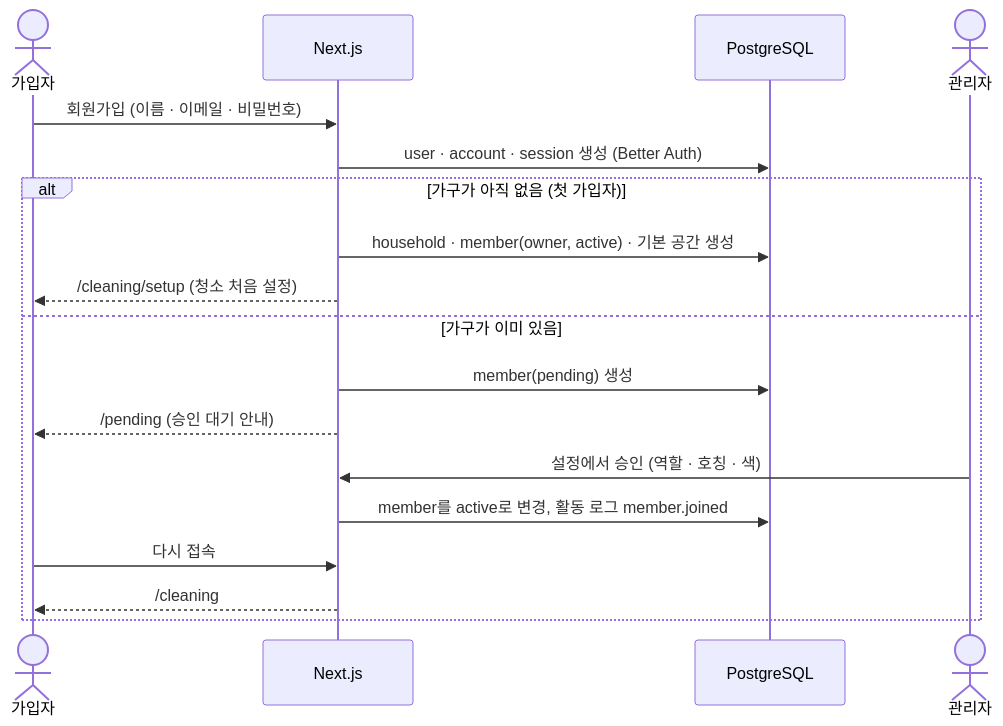
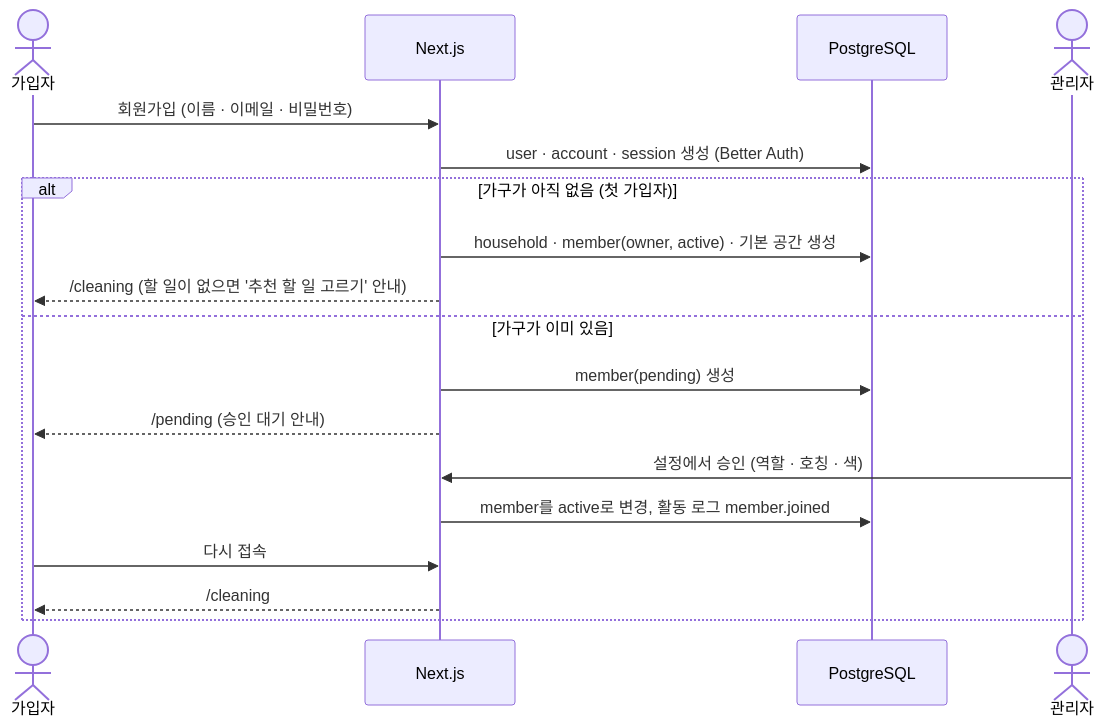
One commit to junseonglim/household-hub changed the diagram in docs/05-auth-household.md. Above: the diagram before and after it, drawn with Mermaid. The commit also changed other lines of this file and 67 other files, not shown here.

````diff
--- a/docs/05-auth-household.md
+++ b/docs/05-auth-household.md
@@ -41,20 +41,20 @@
 ```mermaid
 sequenceDiagram
   actor U as 가입자
   participant W as Next.js
   participant D as PostgreSQL
   actor M as 관리자
   U->>W: 회원가입 (이름 · 이메일 · 비밀번호)
   W->>D: user · account · session 생성 (Better Auth)
   alt 가구가 아직 없음 (첫 가입자)
     W->>D: household · member(owner, active) · 기본 공간 생성
-    W-->>U: /cleaning/setup (청소 처음 설정)
+    W-->>U: /cleaning (할 일이 없으면 '추천 할 일 고르기' 안내)
   else 가구가 이미 있음
     W->>D: member(pending) 생성
     W-->>U: /pending (승인 대기 안내)
     M->>W: 설정에서 승인 (역할 · 호칭 · 색)
     W->>D: member를 active로 변경, 활동 로그 member.joined
     U->>W: 다시 접속
     W-->>U: /cleaning
   end
 ```
````
